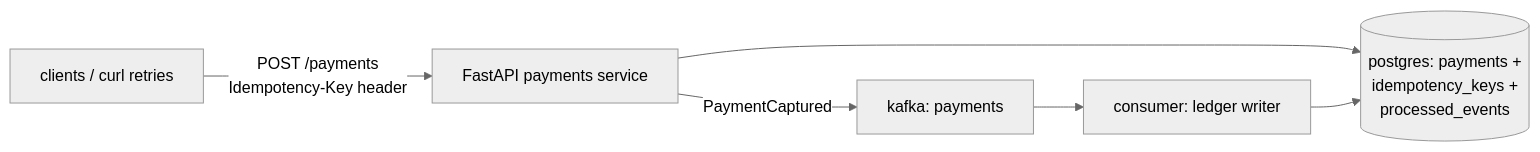
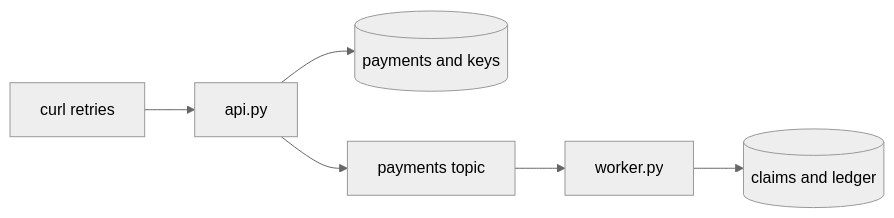
Before and after one commit to dineshpabbi10/system-design-handson: the diagram in docs/03-projects/p03-idempotency.md, drawn with Mermaid (neutral theme). The commit also changed other lines of this file and 14 other files, not shown here.

````diff
--- a/docs/03-projects/p03-idempotency.md
+++ b/docs/03-projects/p03-idempotency.md
@@ -11,8 +10,8 @@
 ```mermaid
 flowchart LR
-    C["clients / curl retries"] -->|"POST /payments<br/>Idempotency-Key header"| API["FastAPI payments service"]
-    API --> DB[("postgres: payments +<br/>idempotency_keys +<br/>processed_events")]
-    API -->|"PaymentCaptured"| K["kafka: payments"]
-    K --> W["consumer: ledger writer"]
-    W --> DB
+    C["curl retries"] --> A["api.py"]
+    A --> D[("payments and keys")]
+    A --> K["payments topic"]
+    K --> W["worker.py"]
+    W --> L[("claims and ledger")]
 ```
````
